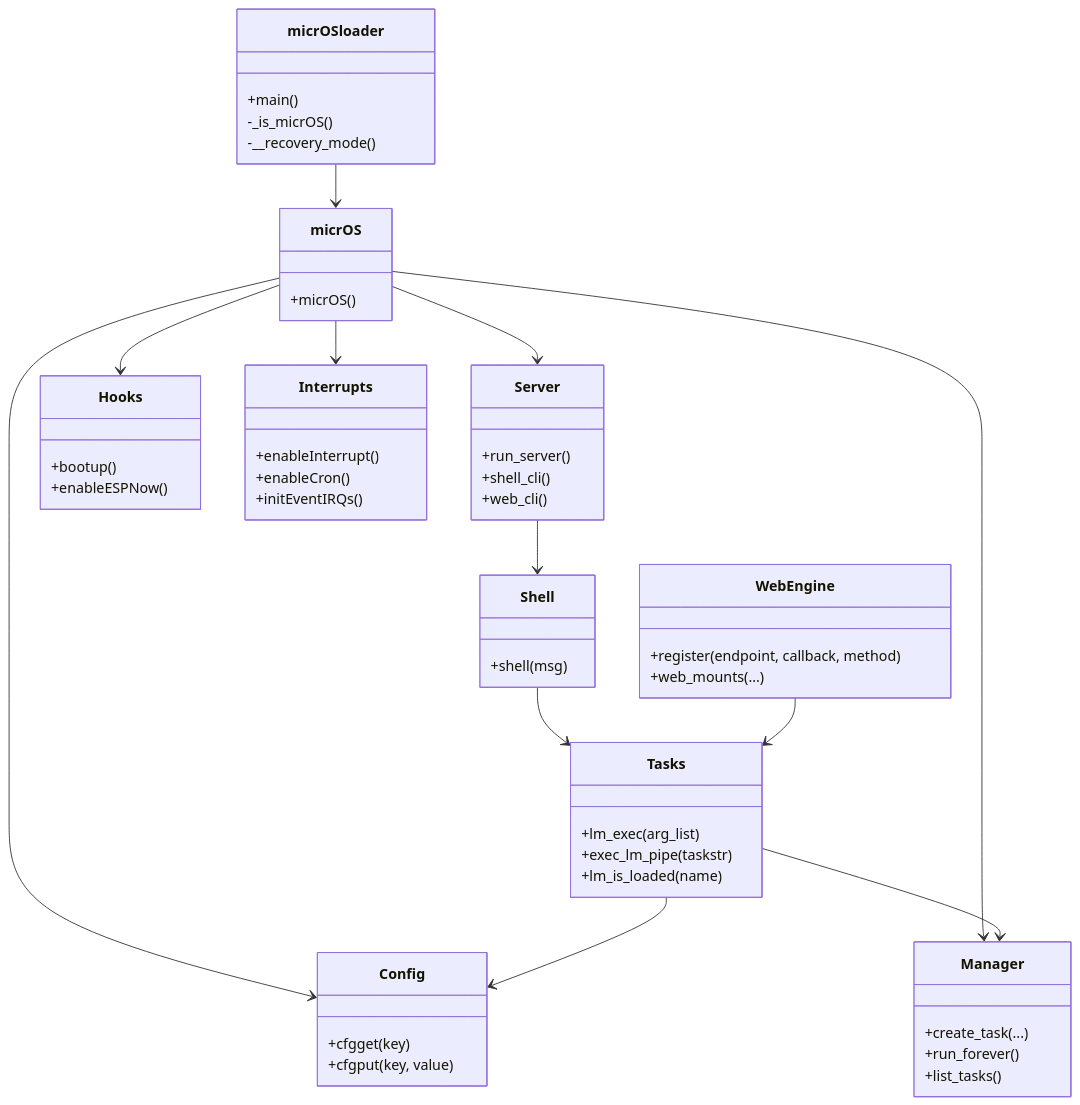
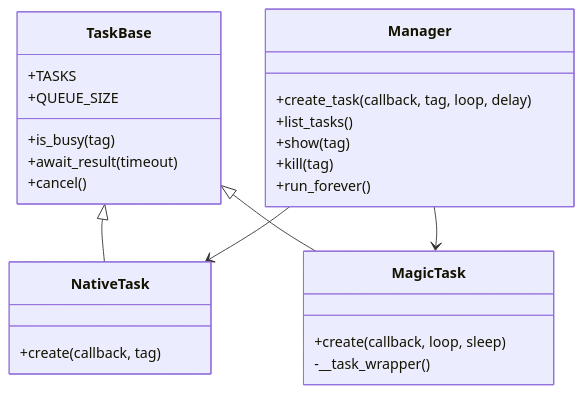
The fifth of 6 diagrams in micrOS/ARCHITECTURE.md (BxNxM/micrOS), drawn with Mermaid before and after one commit. The commit also changed other lines of this file and 8 other files, not shown here.

Commit message:
Doc update micrOS/ARCHITECTURE.md + APPLICATION_GUIDE.md -> micrOS/MODULE_GUIDE.md

````diff
--- a/micrOS/ARCHITECTURE.md
+++ b/micrOS/ARCHITECTURE.md
@@ -67,67 +189,32 @@
 ```mermaid
 classDiagram
-    class micrOSloader {
-        +main()
-        -_is_micrOS()
-        -__recovery_mode()
+    class TaskBase {
+        +TASKS
+        +QUEUE_SIZE
+        +is_busy(tag)
+        +await_result(timeout)
+        +cancel()
     }
 
-    class micrOS {
-        +micrOS()
+    class NativeTask {
+        +create(callback, tag)
     }
 
-    class Config {
-        +cfgget(key)
-        +cfgput(key, value)
+    class MagicTask {
+        +create(callback, loop, sleep)
+        -__task_wrapper()
     }
 
     class Manager {
-        +create_task(...)
+        +create_task(callback, tag, loop, delay)
+        +list_tasks()
+        +show(tag)
+        +kill(tag)
         +run_forever()
-        +list_tasks()
     }
 
-    class Server {
-        +run_server()
-        +shell_cli()
-        +web_cli()
-    }
-
-    class Shell {
-        +shell(msg)
-    }
-
-    class Tasks {
-        +lm_exec(arg_list)
-        +exec_lm_pipe(taskstr)
-        +lm_is_loaded(name)
-    }
-
-    class WebEngine {
-        +register(endpoint, callback, method)
-        +web_mounts(...)
-    }
-
-    class Hooks {
-        +bootup()
-        +enableESPNow()
-    }
-
-    class Interrupts {
-        +enableInterrupt()
-        +enableCron()
-        +initEventIRQs()
-    }
-
-    micrOSloader --> micrOS
-    micrOS --> Config
-    micrOS --> Manager
-    micrOS --> Hooks
-    micrOS --> Interrupts
-    micrOS --> Server
-    Server --> Shell
-    Shell --> Tasks
-    Tasks --> Config
-    Tasks --> Manager
-    WebEngine --> Tasks
+    TaskBase <|-- NativeTask
+    TaskBase <|-- MagicTask
+    Manager --> NativeTask
+    Manager --> MagicTask
 ```
````
